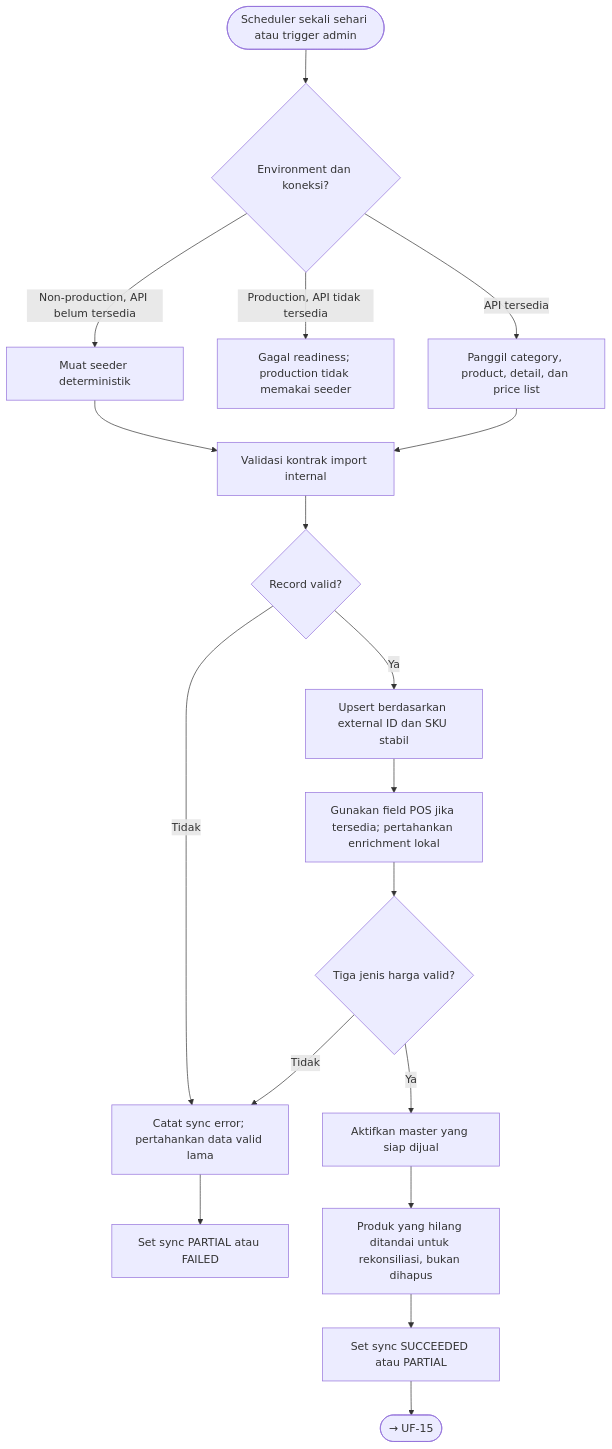
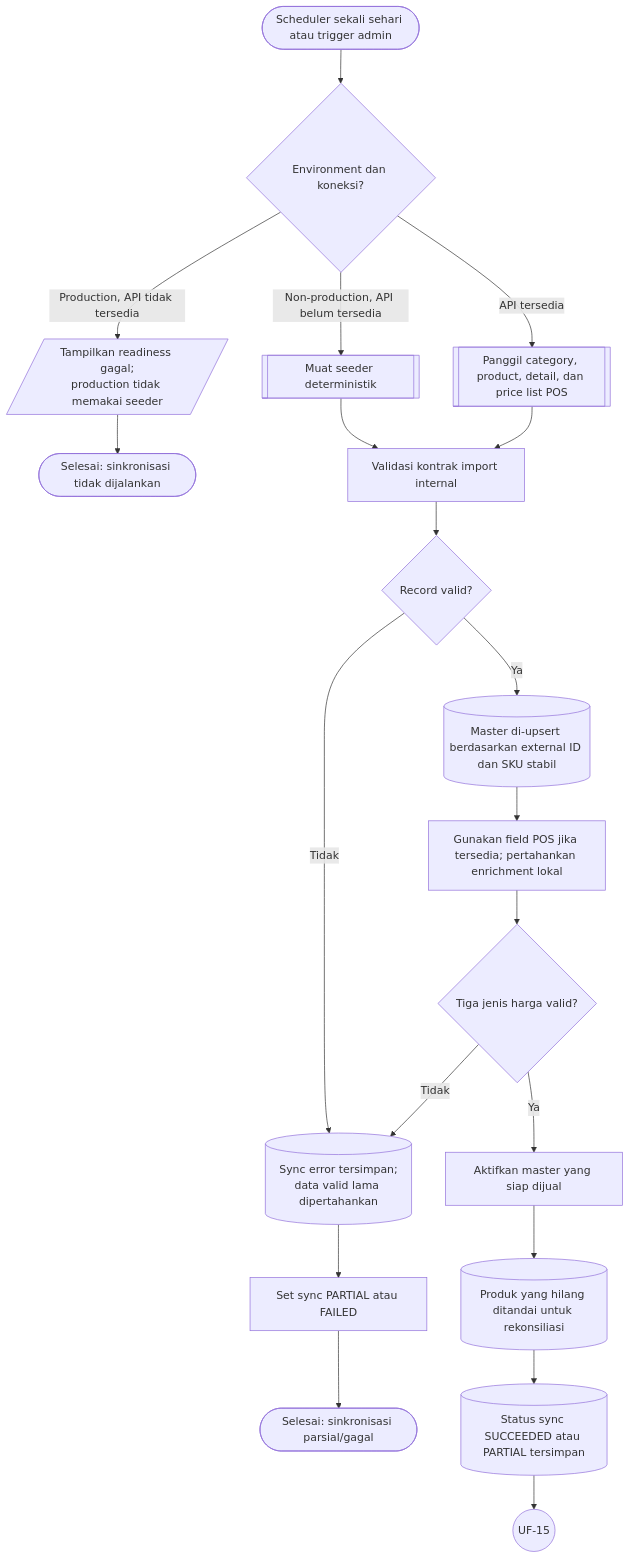
One commit to Webekspres/pixel-komunika changed diagram 14 of 18 in docs/design/USER_FLOWS.md. Above: the diagram before and after it, drawn with Mermaid. The commit also changed other lines of this file, not shown here.

Commit message:
docs: standardize user flow notation

````diff
--- a/docs/design/USER_FLOWS.md
+++ b/docs/design/USER_FLOWS.md
@@ -430,22 +466,24 @@
 ```mermaid
 flowchart TD
-    A([Scheduler sekali sehari atau trigger admin]) --> B{"Environment dan koneksi?"}
-    B -->|Non-production, API belum tersedia| C["Muat seeder deterministik"]
-    B -->|Production, API tidak tersedia| D["Gagal readiness; production tidak memakai seeder"]
-    B -->|API tersedia| E["Panggil category, product, detail, dan price list"]
+    A(["Scheduler sekali sehari atau trigger admin"]) --> B{"Environment dan koneksi?"}
+    B -->|Non-production, API belum tersedia| C[["Muat seeder deterministik"]]
+    B -->|Production, API tidak tersedia| D[/"Tampilkan readiness gagal;<br/>production tidak memakai seeder"/]
+    D --> D1(["Selesai: sinkronisasi tidak dijalankan"])
+    B -->|API tersedia| E[["Panggil category, product, detail, dan price list POS"]]
     C --> F["Validasi kontrak import internal"]
     E --> F
     F --> G{"Record valid?"}
-    G -->|Tidak| H["Catat sync error; pertahankan data valid lama"]
-    G -->|Ya| I["Upsert berdasarkan external ID dan SKU stabil"]
+    G -->|Tidak| H[("Sync error tersimpan;<br/>data valid lama dipertahankan")]
+    G -->|Ya| I[("Master di-upsert berdasarkan external ID dan SKU stabil")]
     I --> J["Gunakan field POS jika tersedia; pertahankan enrichment lokal"]
     J --> K{"Tiga jenis harga valid?"}
     K -->|Tidak| H
     K -->|Ya| L["Aktifkan master yang siap dijual"]
-    L --> M["Produk yang hilang ditandai untuk rekonsiliasi, bukan dihapus"]
+    L --> M[("Produk yang hilang ditandai untuk rekonsiliasi")]
     H --> N["Set sync PARTIAL atau FAILED"]
-    M --> O["Set sync SUCCEEDED atau PARTIAL"]
-    O --> C_UF15(["→ UF-15"])
+    N --> N1(["Selesai: sinkronisasi parsial/gagal"])
+    M --> O[("Status sync SUCCEEDED atau PARTIAL tersimpan")]
+    O --> C_UF15((UF-15))
 
     click C_UF15 "#uf-15-sinkronisasi-dan-stok-efektif"
 ```
````
